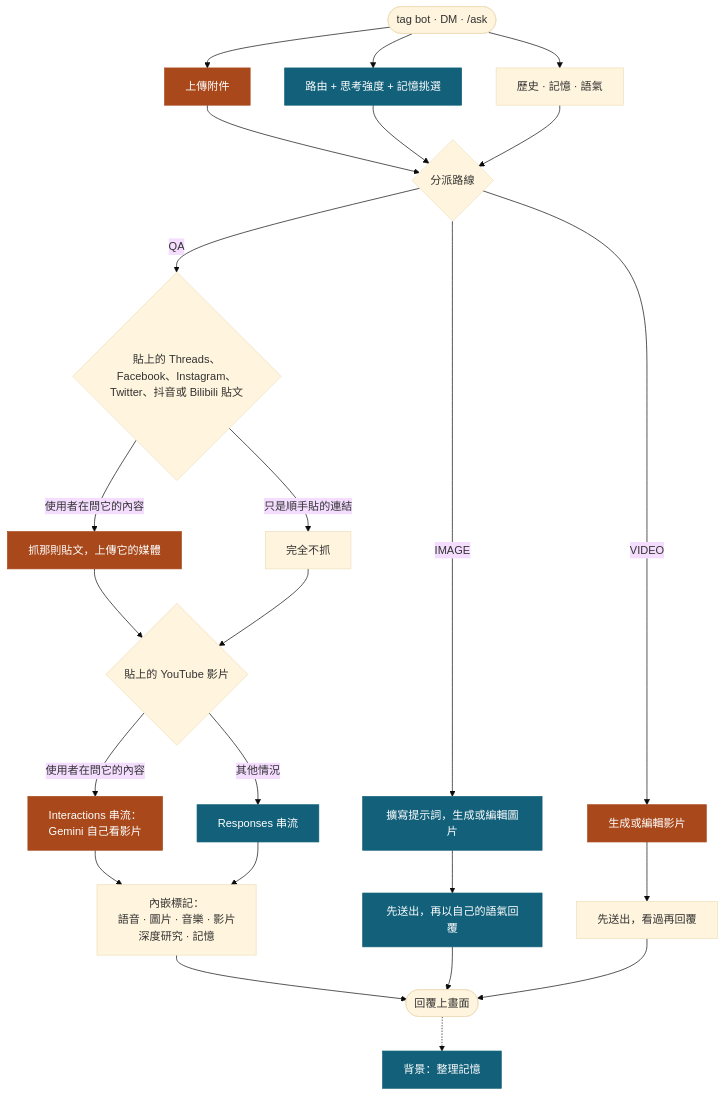
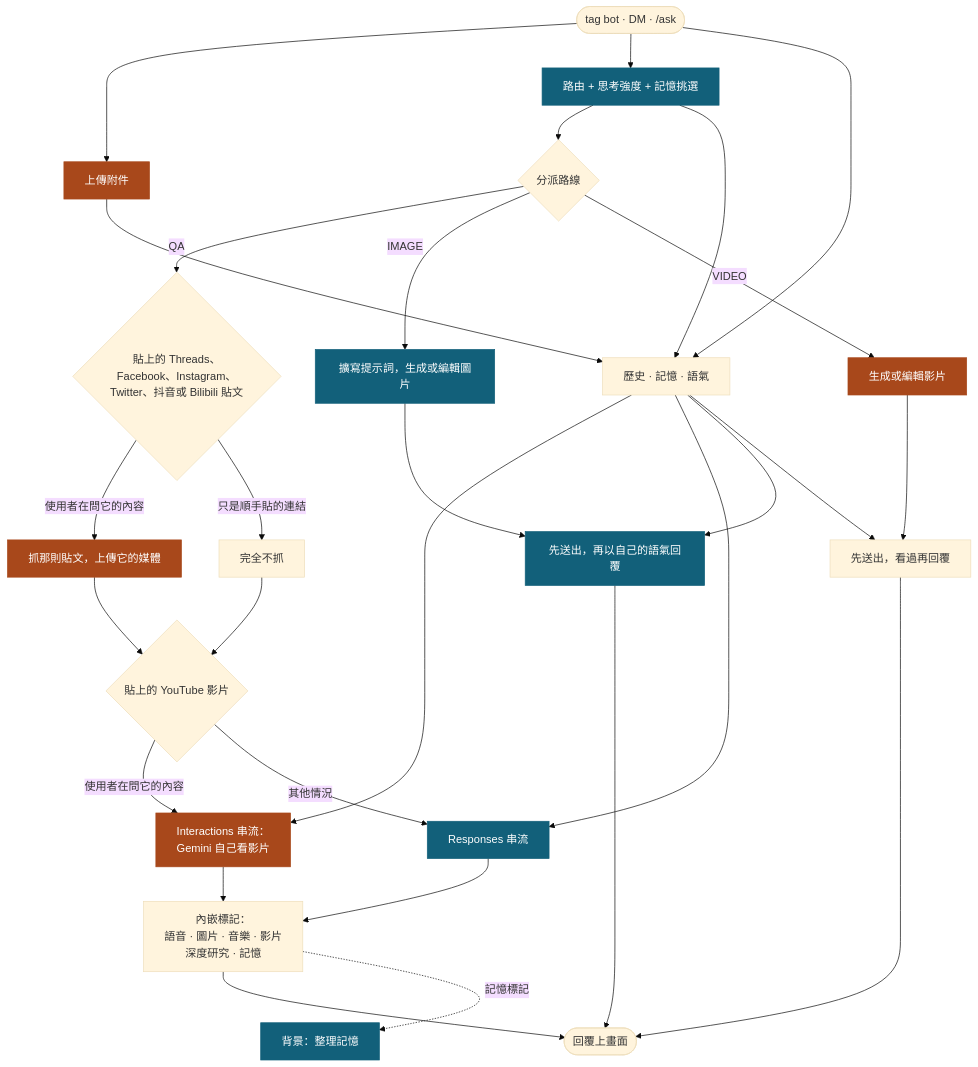
One commit to Mai0313/discordbot changed the diagram in README.zh-TW.md. Above: the diagram before and after it, drawn with Mermaid (base theme). The commit also changed other lines of this file and 2 other files, not shown here.

Commit message:
docs(readme): match the reply diagram and casino note to the code
The reply context waits on the route, only a QA answer can start a memory review, and the bot sits at a table only while its wallet holds money.

````diff
--- a/README.zh-TW.md
+++ b/README.zh-TW.md
@@ -43,33 +43,34 @@
 ```mermaid
 flowchart TD
     U(["tag bot · DM · /ask"]) --> UP & RT & CX
 
     UP["上傳附件"]
     RT["路由 + 思考強度 + 記憶挑選"]
     CX["歷史 · 記憶 · 語氣"]
 
-    UP & RT & CX --> R{"分派路線"}
+    RT --> R{"分派路線"}
+    UP & RT --> CX --> YT & QS & I2 & V2
 
     R -->|QA| L{"貼上的 Threads、Facebook、Instagram、<br/>Twitter、抖音或 Bilibili 貼文"}
     L -->|"使用者在問它的內容"| LF["抓那則貼文，上傳它的媒體"]
     L -->|"只是順手貼的連結"| LS["完全不抓"]
     LF & LS --> Y{"貼上的 YouTube 影片"}
     Y -->|"使用者在問它的內容"| YT["Interactions 串流：<br/>Gemini 自己看影片"]
     Y -->|"其他情況"| QS["Responses 串流"]
     YT & QS --> Q2["內嵌標記：<br/>語音 · 圖片 · 音樂 · 影片<br/>深度研究 · 記憶"]
 
     R -->|IMAGE| I1["擴寫提示詞，生成或編輯圖片"]
     I1 --> I2["先送出，再以自己的語氣回覆"]
     R -->|VIDEO| V1["生成或編輯影片"]
     V1 --> V2["先送出，看過再回覆"]
 
     Q2 --> OUT(["回覆上畫面"])
     I2 --> OUT
     V2 --> OUT
-    OUT -.-> MM["背景：整理記憶"]
+    Q2 -.->|"記憶標記"| MM["背景：整理記憶"]
 
     classDef proxy fill:#12607a,stroke:#12607a,color:#ffffff
     classDef direct fill:#a8481b,stroke:#a8481b,color:#ffffff
     class RT,QS,I1,I2,MM proxy
     class UP,LF,YT,V1 direct
 ```
````
